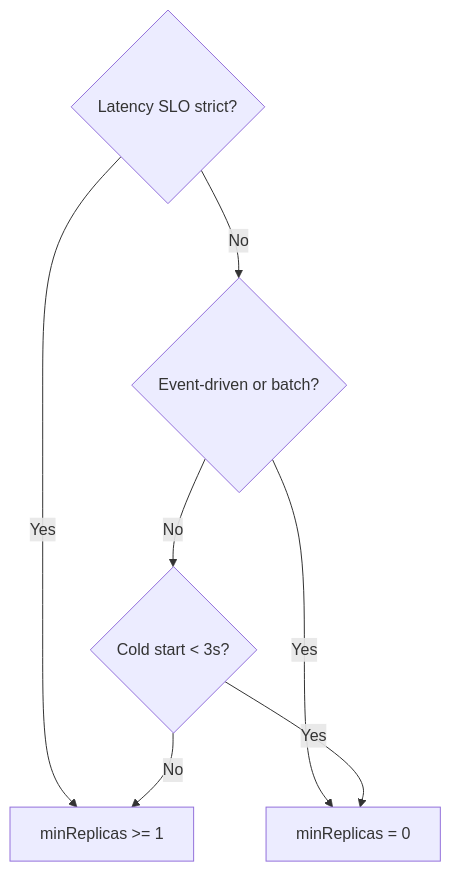
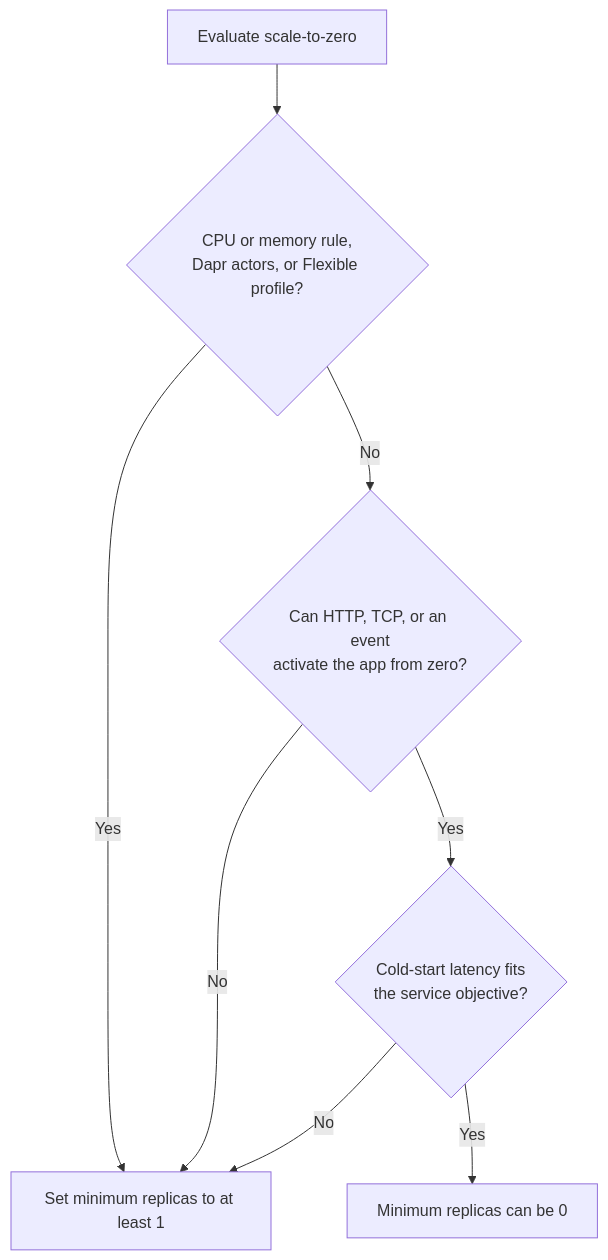
The second of 2 diagrams in docs/best-practices/scaling.md (yeongseon/azure-container-apps-practical-guide), drawn with Mermaid before and after one commit. The commit also changed other lines of this file and 11 other files, not shown here.

Commit message:
docs(diagrams): migrate Container Apps scaling diagrams (#612)

````diff
--- a/docs/best-practices/scaling.md
+++ b/docs/best-practices/scaling.md
@@ -241,10 +274,13 @@
 ```mermaid
 flowchart TD
-    Q{Latency SLO strict?}
-    Q -->|Yes| M1[minReplicas >= 1]
-    Q -->|No| Q2{Event-driven or batch?}
-    Q2 -->|Yes| M0[minReplicas = 0]
-    Q2 -->|No| Q3{Cold start < 3s?}
-    Q3 -->|Yes| M0
-    Q3 -->|No| M1
+    accTitle: Decide whether a container app should scale to zero
+    accDescr: First exclude configurations that cannot scale to zero. Then require an HTTP, TCP, or event signal that can activate the app, and finally compare cold-start behavior with the latency objective.
+
+    START[Evaluate scale-to-zero] --> BLOCKED{CPU or memory rule,<br/>Dapr actors, or Flexible profile?}
+    BLOCKED -->|Yes| WARM[Set minimum replicas to at least 1]
+    BLOCKED -->|No| WAKE{Can HTTP, TCP, or an event<br/>activate the app from zero?}
+    WAKE -->|No| WARM
+    WAKE -->|Yes| LATENCY{Cold-start latency fits<br/>the service objective?}
+    LATENCY -->|No| WARM
+    LATENCY -->|Yes| ZERO[Minimum replicas can be 0]
 ```
````
